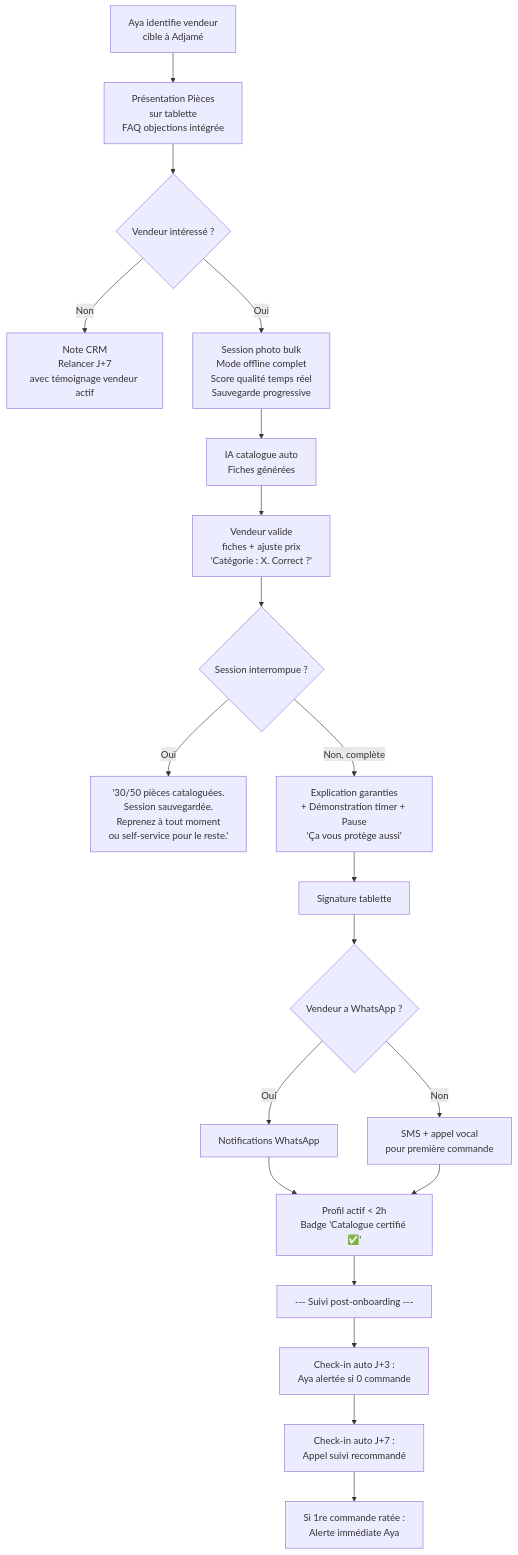
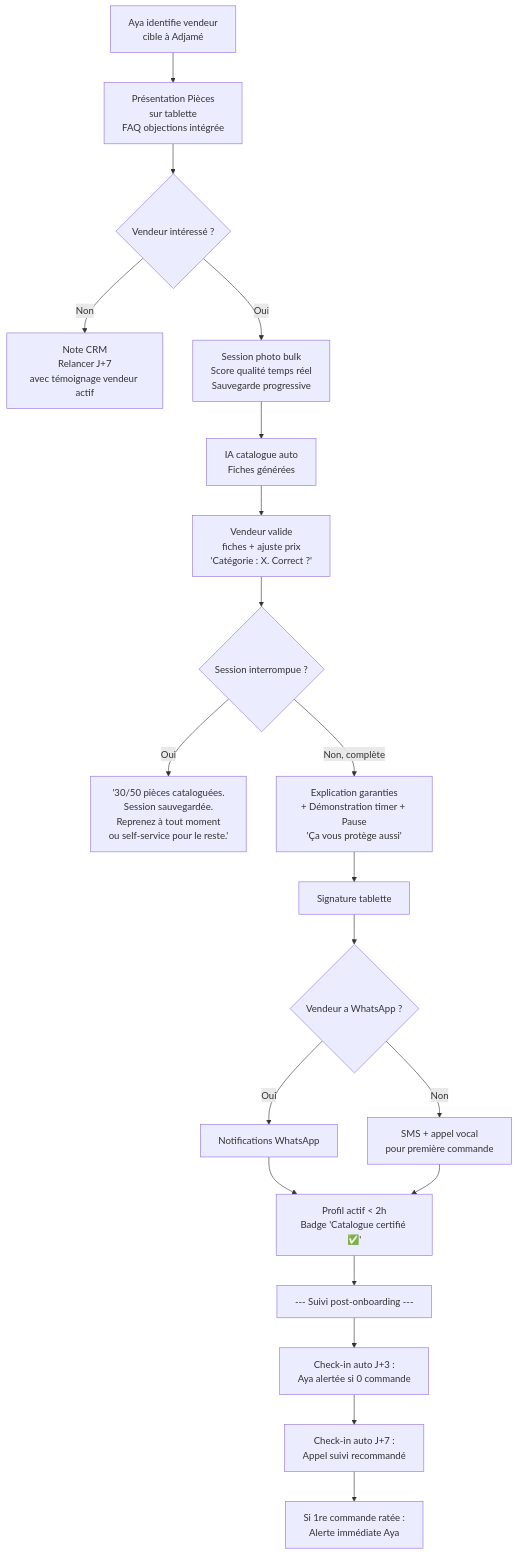
Before and after one commit to Fefer79/pieces: the fifth of 5 diagrams in _bmad-output/planning-artifacts/ux-design-specification.md, drawn with Mermaid. The commit also changed other lines of this file and 11 other files, not shown here.

First line of the commit message:
feat(web): apply brand charte graphique — fonts, colors, logo, badges

````diff
--- a/_bmad-output/planning-artifacts/ux-design-specification.md
+++ b/_bmad-output/planning-artifacts/ux-design-specification.md
@@ -924,29 +919,29 @@
 ```mermaid
 flowchart TD
     A["Aya identifie vendeur\ncible à Adjamé"] --> B["Présentation Pièces\nsur tablette\nFAQ objections intégrée"]
 
     B --> C{"Vendeur intéressé ?"}
     C -->|Non| D["Note CRM\nRelancer J+7\navec témoignage vendeur actif"]
-    C -->|Oui| E["Session photo bulk\nMode offline complet\nScore qualité temps réel\nSauvegarde progressive"]
+    C -->|Oui| E["Session photo bulk\nScore qualité temps réel\nSauvegarde progressive"]
 
     E --> F["IA catalogue auto\nFiches générées"]
     F --> G["Vendeur valide\nfiches + ajuste prix\n'Catégorie : X. Correct ?'"]
 
     G --> INT{"Session interrompue ?"}
     INT -->|Oui| INT2["'30/50 pièces cataloguées.\nSession sauvegardée.\nReprenez à tout moment\nou self-service pour le reste.'"]
     INT -->|Non, complète| H
 
     H["Explication garanties\n+ Démonstration timer + Pause\n'Ça vous protège aussi'"] --> I["Signature tablette"]
 
     I --> J{"Vendeur a WhatsApp ?"}
     J -->|Oui| K["Notifications WhatsApp"]
     J -->|Non| L["SMS + appel vocal\npour première commande"]
 
     K --> M["Profil actif < 2h\nBadge 'Catalogue certifié ✅'"]
     L --> M
 
     M --> N["--- Suivi post-onboarding ---"]
     N --> N1["Check-in auto J+3 :\nAya alertée si 0 commande"]
     N1 --> N2["Check-in auto J+7 :\nAppel suivi recommandé"]
     N2 --> N3["Si 1re commande ratée :\nAlerte immédiate Aya"]
 ```
````
